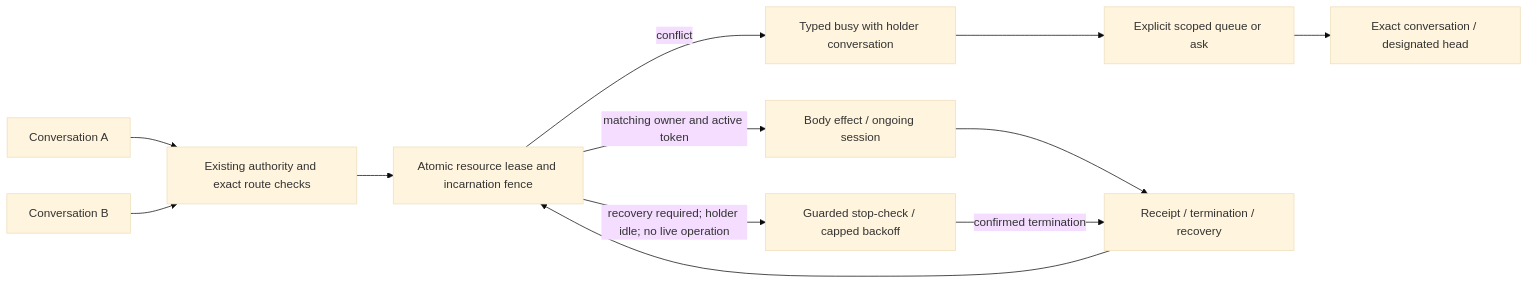
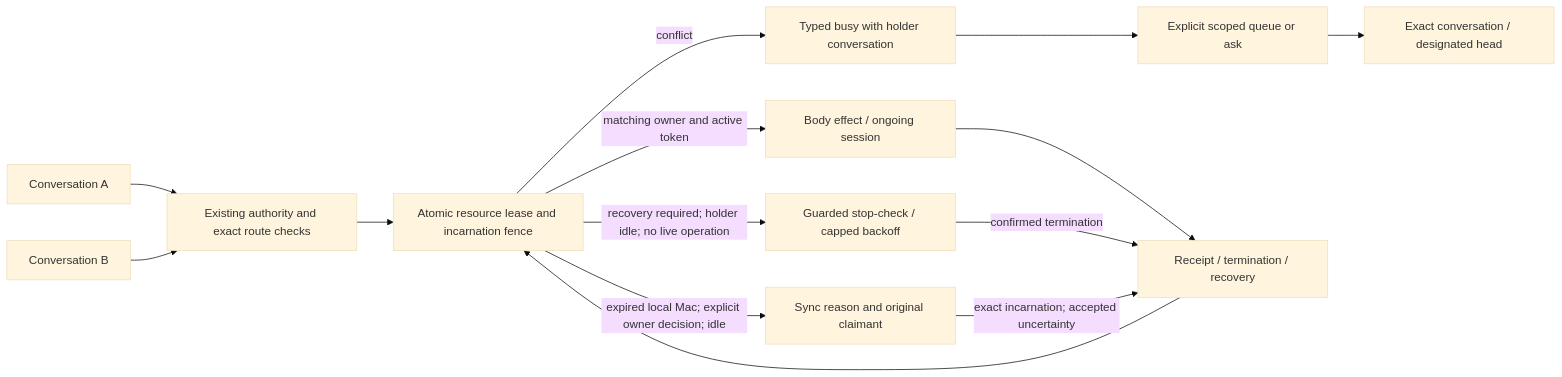
One commit to Volpestyle/clankie changed the diagram in docs/adr/0215-conversations-lease-one-body.md. Above: the diagram before and after it, drawn with Mermaid (base theme). The commit also changed other lines of this file and 18 other files, not shown here.

Commit message:
fix(computer): allow audited owner recovery of expired Mac leases (VUH-2313)

````diff
--- a/docs/adr/0215-conversations-lease-one-body.md
+++ b/docs/adr/0215-conversations-lease-one-body.md
@@ -99,14 +112,16 @@
 ```mermaid
 flowchart LR
   A[Conversation A] --> Authority[Existing authority and exact route checks]
   B[Conversation B] --> Authority
   Authority --> Lease[Atomic resource lease and incarnation fence]
   Lease -->|matching owner and active token| Effect[Body effect / ongoing session]
   Lease -->|conflict| Busy[Typed busy with holder conversation]
   Busy --> Request[Explicit scoped queue or ask]
   Request --> Wake[Exact conversation / designated head]
   Effect --> Reconcile[Receipt / termination / recovery]
   Lease -->|recovery required; holder idle; no live operation| Check[Guarded stop-check / capped backoff]
   Check -->|confirmed termination| Reconcile
+  Lease -->|expired local Mac; explicit owner decision; idle| Audit[Sync reason and original claimant]
+  Audit -->|exact incarnation; accepted uncertainty| Reconcile
   Reconcile --> Lease
 ```
````
